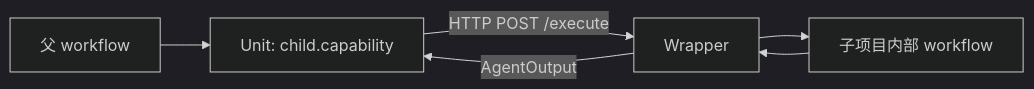
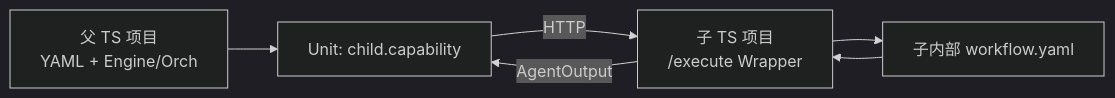
Before and after one commit to CoderYc0923/Uni-Flow: the diagram in docs-web/guide/cross-project.md, drawn with Mermaid (dark theme). The commit also changed other lines of this file and 35 other files, not shown here.

````diff
--- a/docs-web/guide/cross-project.md
+++ b/docs-web/guide/cross-project.md
@@ -16,8 +5,12 @@
 ```mermaid
 flowchart LR
-  P[父 workflow] --> U[Unit: child.capability]
-  U -->|HTTP POST /execute| W[Wrapper]
-  W --> C[子项目内部 workflow]
+  P[父 TS 项目<br/>YAML + Engine/Orch]
+  U[Unit: child.capability]
+  W[子 TS 项目<br/>/execute Wrapper]
+  C[子内部 workflow.yaml]
+  P --> U
+  U -->|HTTP| W
+  W --> C
   C --> W
   W -->|AgentOutput| U
 ```
````
